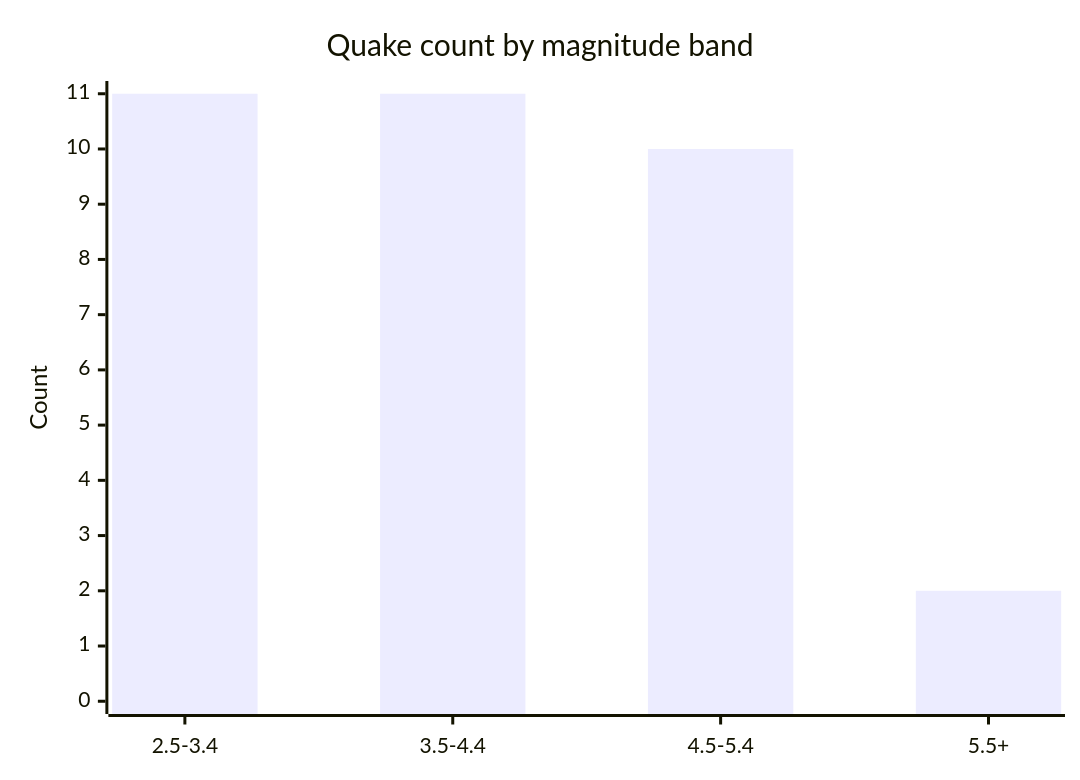
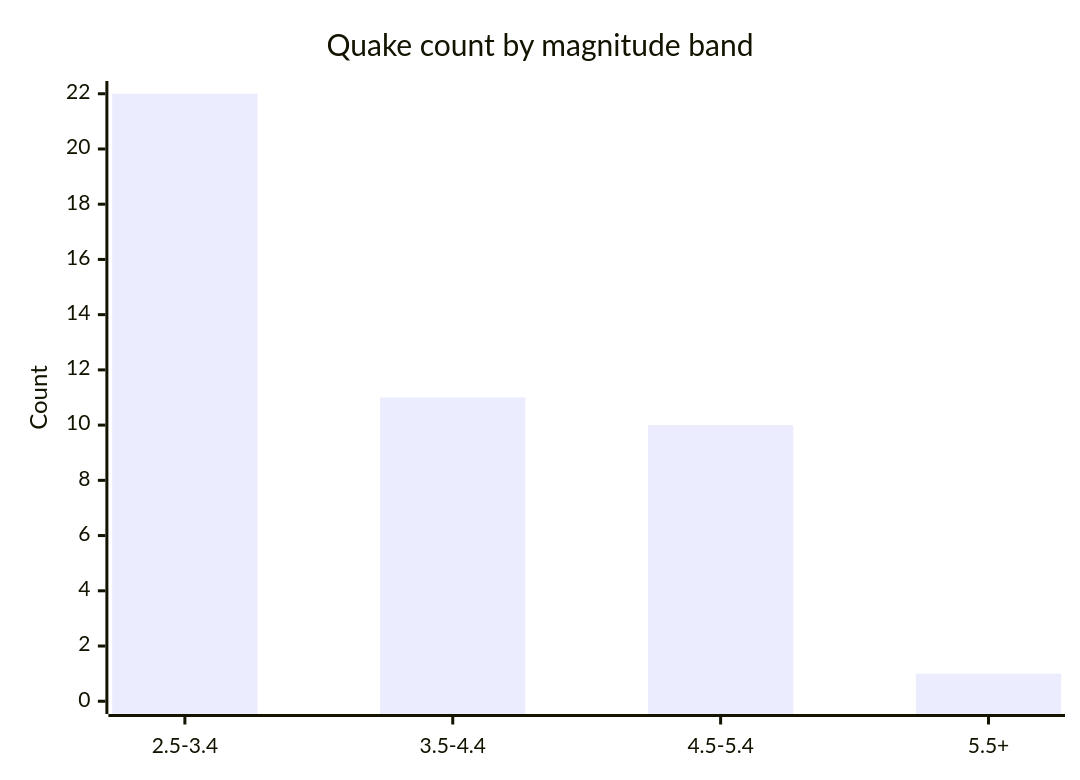
One commit to Midwest-Stratospheric/aerostratospheric-defense-gir changed the fifth of 6 diagrams in docs/GRAPHS.md. Above: the diagram before and after it, drawn with Mermaid. The commit also changed other lines of this file and 23 other files, not shown here.

````diff
--- a/docs/GRAPHS.md
+++ b/docs/GRAPHS.md
@@ -82,7 +82,7 @@
 ```mermaid
 xychart-beta
   title "Quake count by magnitude band"
   x-axis ["2.5-3.4", "3.5-4.4", "4.5-5.4", "5.5+"]
-  y-axis "Count" 0 --> 11
-  bar [11, 11, 10, 2]
+  y-axis "Count" 0 --> 22
+  bar [22, 11, 10, 1]
 ```
````
